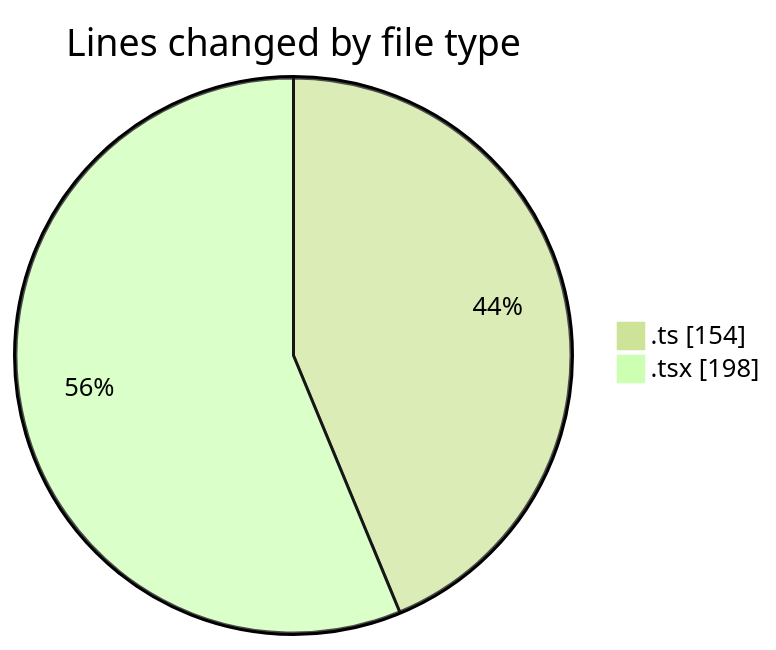
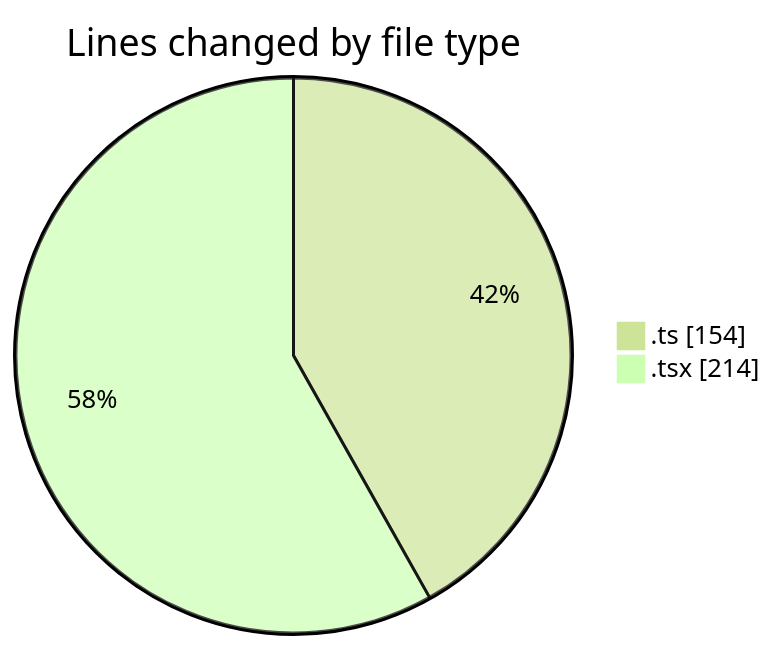
Before and after one commit to momahboobian/code-tracking: the first of 2 diagrams in 2025-12-02/cda/README.md, drawn with Mermaid (forest theme). The commit also changed other lines of this file and 1 other file, not shown here.

````diff
--- a/2025-12-02/cda/README.md
+++ b/2025-12-02/cda/README.md
@@ -22,6 +22,6 @@
 ```mermaid
 pie showData
 title Lines changed by file type
 ".ts" : 154
-".tsx" : 198
+".tsx" : 214
 ```
````
